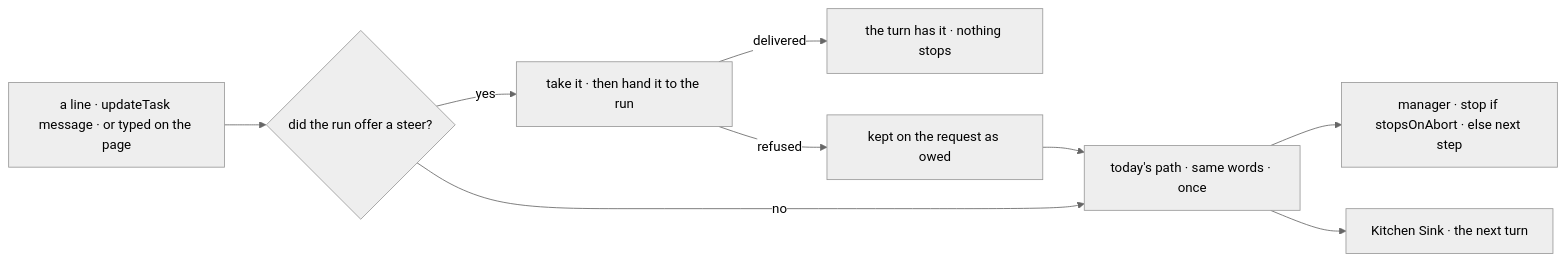
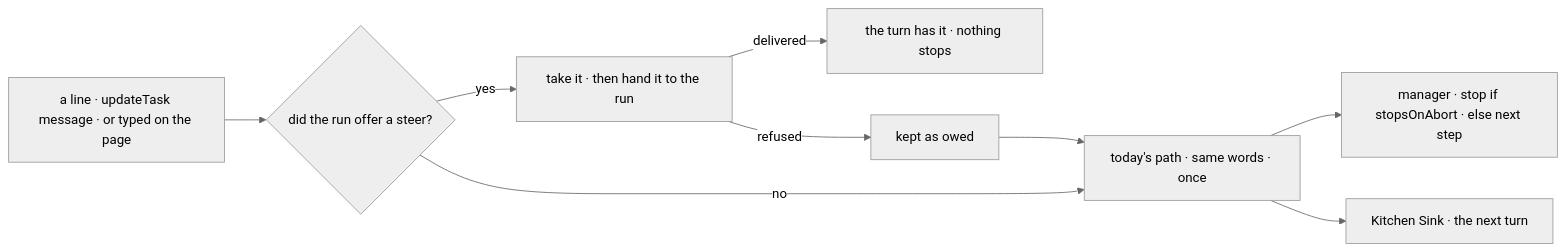
The second of 2 diagrams in specs/issues/FIX-2254/SPEC.md (fixpoint-labs/flow-state-dev), drawn with Mermaid (neutral theme) before and after one commit. The commit also changed other lines of this file and 1 other file, not shown here.

````diff
--- a/specs/issues/FIX-2254/SPEC.md
+++ b/specs/issues/FIX-2254/SPEC.md
@@ -99,11 +99,11 @@
 ```mermaid
 flowchart LR
   W["a line · updateTask message · or typed on the page"] --> O{"did the run offer a steer?"}
   O -->|"yes"| T["take it · then hand it to the run"]
   T -->|"delivered"| D["the turn has it · nothing stops"]
-  T -->|"refused"| K["kept on the request as owed"]
+  T -->|"refused"| K["kept as owed"]
   K --> F["today's path · same words · once"]
   O -->|"no"| F
   F --> M["manager · stop if stopsOnAbort · else next step"]
   F --> Q["Kitchen Sink · the next turn"]
 ```
````
